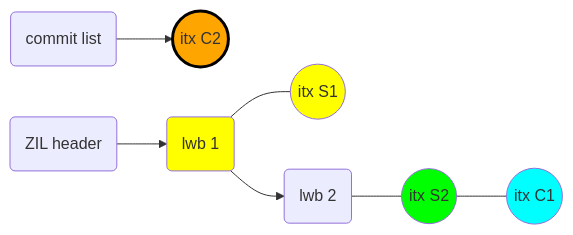
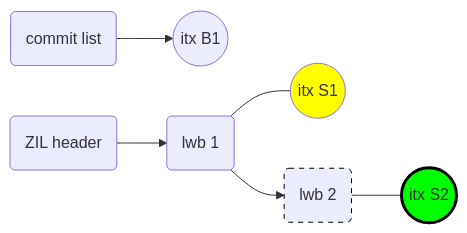
Diagram 15 of 44 in content/post/2017-10-24-zil-performance-how-i-doubled-sync-write-speed.md (prakashsurya/prakashsurya.github.io), drawn with Mermaid before and after one commit. The commit also changed other lines of this file, not shown here.

```diff
--- a/content/post/2017-10-24-zil-performance-how-i-doubled-sync-write-speed.md
+++ b/content/post/2017-10-24-zil-performance-how-i-doubled-sync-write-speed.md
@@ -549,16 +879,14 @@
 <div class="mermaid">
 graph LR
-  CLIST(commit list) --> OBJ-C-2((itx C2))
+  CLIST(commit list) --> OBJ-B-1((itx B1))
 
   HEADER(ZIL header) --> LWB-1(lwb 1)
   LWB-1              --- SLIST-1((itx S1))
   LWB-1              --> LWB-2(lwb 2)
   LWB-2              --- SLIST-2((itx S2))
-  SLIST-2            --- OBJ-C-1((itx C1))
 
   style SLIST-1 fill:#ffff00
-  style SLIST-2 fill:#00ff00
-  style OBJ-C-1 fill:#00ffff
-  style OBJ-C-2 fill:#ffa500,stroke:#000000,stroke-width:3px
-  style LWB-1   fill:#ffff00
+  style SLIST-2 fill:#00ff00,stroke:#000000,stroke-width:3px
+
+  style LWB-2 stroke:#000000, stroke-dasharray:5, 5
 </div>
```
